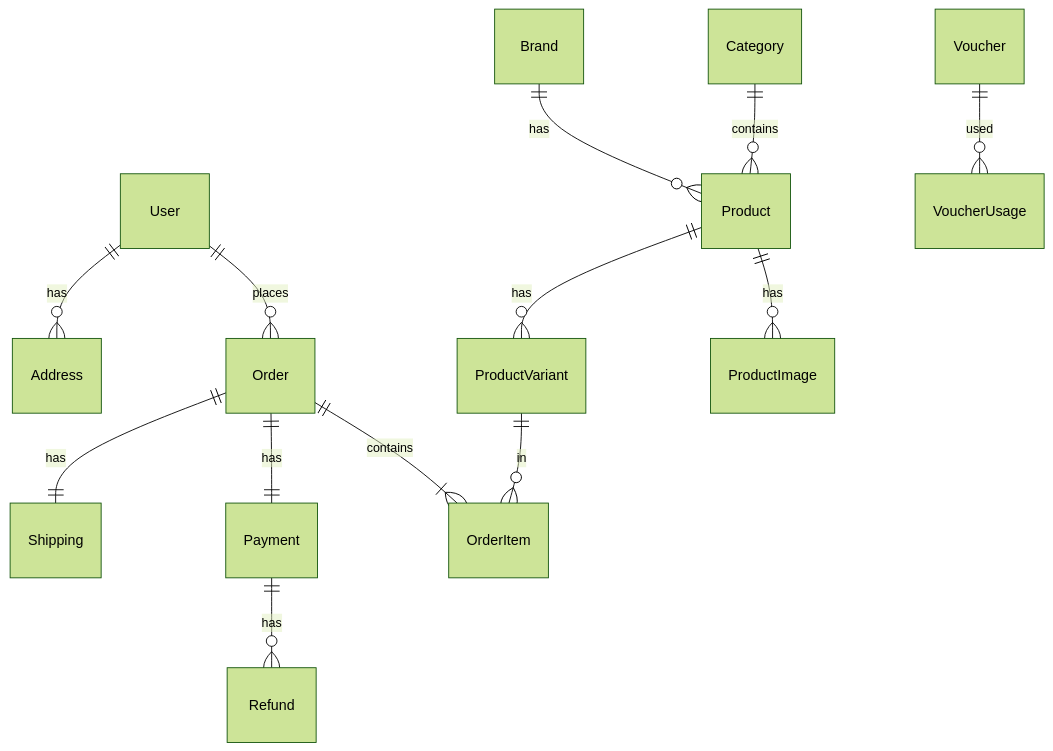
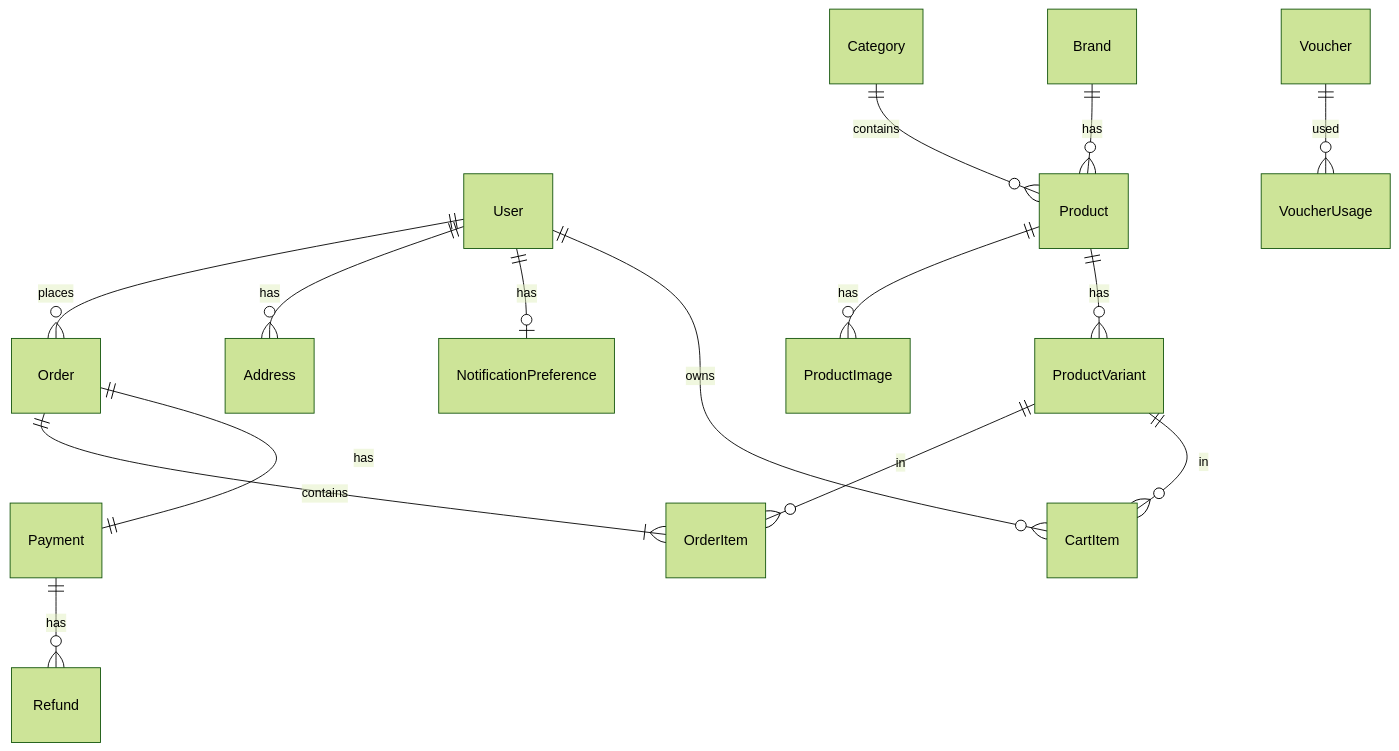
Before and after one commit to Firmxn/flexstore-web: the second of 2 diagrams in docs/02_SDD.md, drawn with Mermaid (forest theme). The commit also changed other lines of this file and 39 other files, not shown here.

````diff
--- a/docs/02_SDD.md
+++ b/docs/02_SDD.md
@@ -566,15 +617,17 @@
 ```mermaid
 erDiagram
     User ||--o{ Order : places
     User ||--o{ Address : has
     Category ||--o{ Product : contains
     Brand ||--o{ Product : has
     Product ||--o{ ProductImage : has
     Product ||--o{ ProductVariant : has
     Order ||--|{ OrderItem : contains
     Order ||--|| Payment : has
-    Order ||--|| Shipping : has
     ProductVariant ||--o{ OrderItem : in
     Payment ||--o{ Refund : has
     Voucher ||--o{ VoucherUsage : used
+    User ||--o| NotificationPreference : has
+    User ||--o{ CartItem : owns
+    ProductVariant ||--o{ CartItem : in
 ```
````
